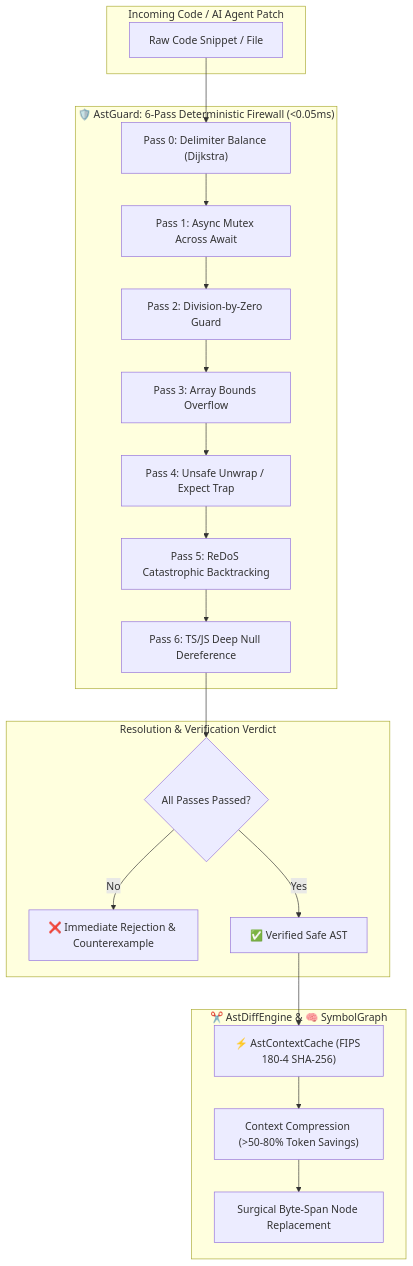
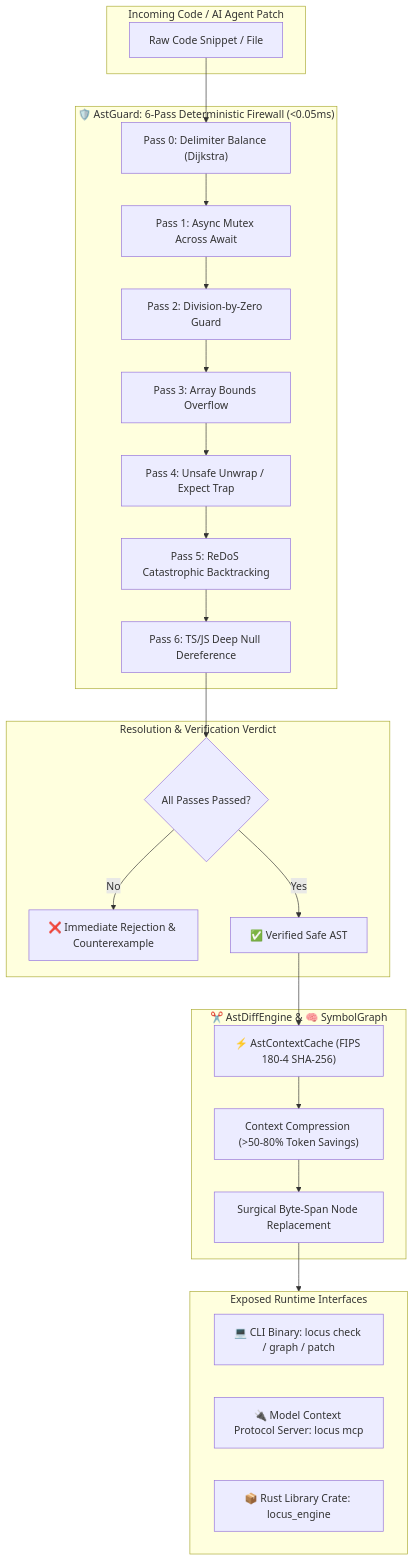
The first of 2 diagrams in README.md (ahmadshady747-create/LOCUS), drawn with Mermaid before and after one commit. The commit also changed other lines of this file, not shown here.

Commit message:
docs: update README with v0.2.0 MCP tools table, repository anatomy & 26 passing tests

````diff
--- a/README.md
+++ b/README.md
@@ -69,33 +71,40 @@
 ```mermaid
 flowchart TD
     subgraph Input ["Incoming Code / AI Agent Patch"]
         RawCode["Raw Code Snippet / File"]
     end
 
     subgraph AstGuardPipeline ["🛡️ AstGuard: 6-Pass Deterministic Firewall (<0.05ms)"]
         P0["Pass 0: Delimiter Balance (Dijkstra)"]
         P1["Pass 1: Async Mutex Across Await"]
         P2["Pass 2: Division-by-Zero Guard"]
         P3["Pass 3: Array Bounds Overflow"]
         P4["Pass 4: Unsafe Unwrap / Expect Trap"]
         P5["Pass 5: ReDoS Catastrophic Backtracking"]
         P6["Pass 6: TS/JS Deep Null Dereference"]
     end
 
     subgraph Resolution ["Resolution & Verification Verdict"]
         VerdictSafe{"All Passes Passed?"}
         Reject["❌ Immediate Rejection & Counterexample"]
         Approve["✅ Verified Safe AST"]
     end
 
     subgraph ContextEngine ["✂️ AstDiffEngine & 🧠 SymbolGraph"]
         Cache["⚡ AstContextCache (FIPS 180-4 SHA-256)"]
         Skeleton["Context Compression (>50-80% Token Savings)"]
         Patch["Surgical Byte-Span Node Replacement"]
     end
 
+    subgraph Interfaces ["Exposed Runtime Interfaces"]
+        CLI["💻 CLI Binary: locus check / graph / patch"]
+        MCP["🔌 Model Context Protocol Server: locus mcp"]
+        LIB["📦 Rust Library Crate: locus_engine"]
+    end
+
     RawCode --> P0 --> P1 --> P2 --> P3 --> P4 --> P5 --> P6 --> VerdictSafe
     VerdictSafe -->|No| Reject
     VerdictSafe -->|Yes| Approve
     Approve --> Cache --> Skeleton --> Patch
+    Patch --> Interfaces
 ```
````
